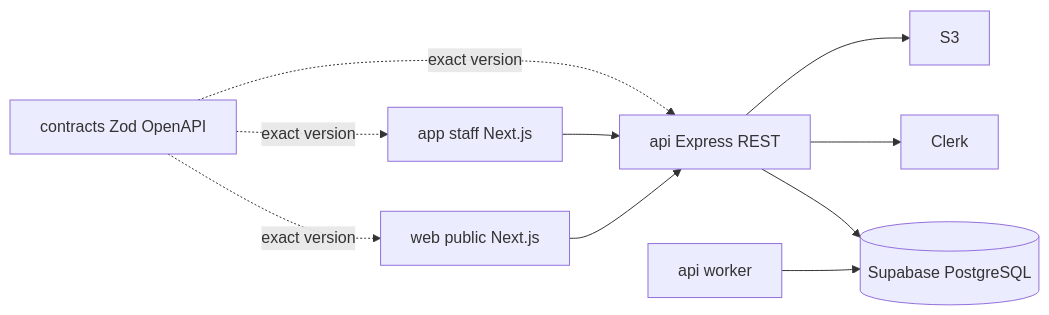
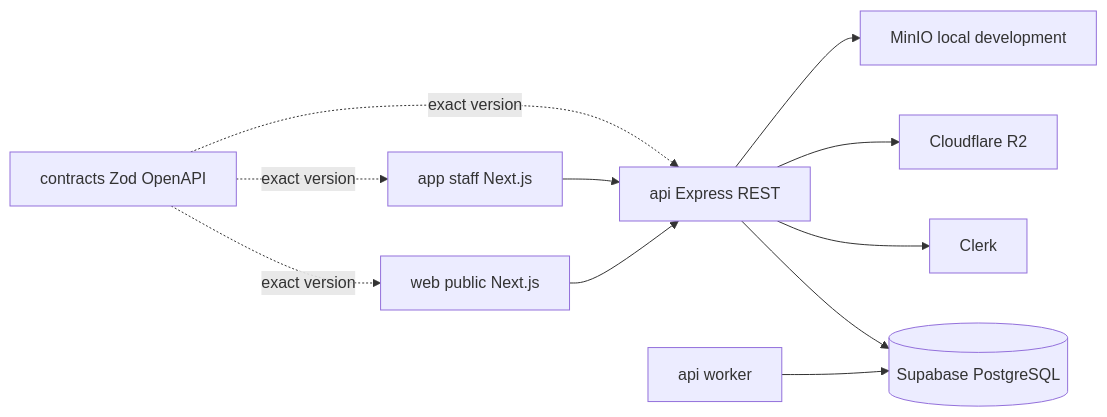
The diagram in docs/second-brain/02-Architecture/Drezivo Architecture.md (Drezivo/drezivo), drawn with Mermaid before and after one commit. The commit also changed other lines of this file and 110 other files, not shown here.

````diff
--- a/docs/second-brain/02-Architecture/Drezivo Architecture.md
+++ b/docs/second-brain/02-Architecture/Drezivo Architecture.md
@@ -13,12 +13,13 @@
 ```mermaid
 flowchart LR
   web[web public Next.js] --> api[api Express REST]
   app[app staff Next.js] --> api
   contracts[contracts Zod OpenAPI] -. exact version .-> web
   contracts -. exact version .-> app
   contracts -. exact version .-> api
   api --> supabase[(Supabase PostgreSQL)]
   api --> clerk[Clerk]
-  api --> s3[S3]
+  api --> r2[Cloudflare R2]
+  api --> minio[MinIO local development]
   worker[api worker] --> supabase
 ```
````
